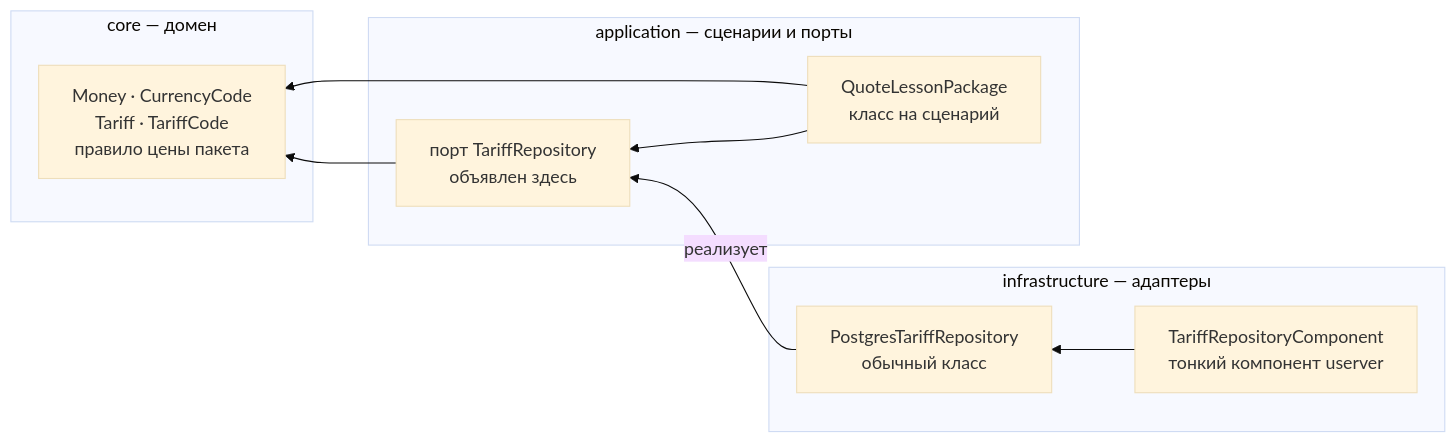
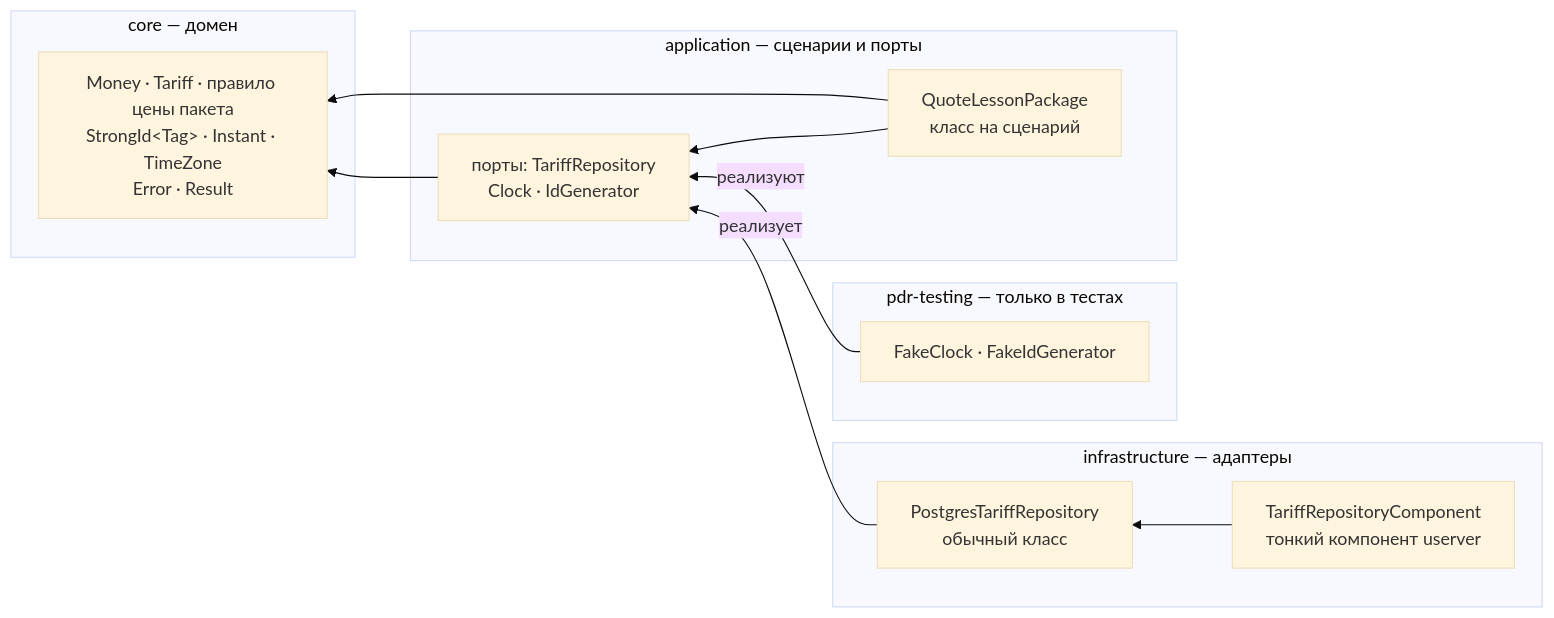
Before and after one commit to don-qu1xote/pdr: the diagram in docs/architecture/layers.md, drawn with Mermaid (base theme). The commit also changed other lines of this file and 25 other files, not shown here.

````diff
--- a/docs/architecture/layers.md
+++ b/docs/architecture/layers.md
@@ -6,22 +6,27 @@
 ```mermaid
 flowchart RL
     subgraph infrastructure["infrastructure — адаптеры"]
         component["TariffRepositoryComponent<br/>тонкий компонент userver"]
         adapter["PostgresTariffRepository<br/>обычный класс"]
     end
 
+    subgraph testing["pdr-testing — только в тестах"]
+        fakes["FakeClock · FakeIdGenerator"]
+    end
+
     subgraph application["application — сценарии и порты"]
         usecase["QuoteLessonPackage<br/>класс на сценарий"]
-        port["порт TariffRepository<br/>объявлен здесь"]
+        port["порты: TariffRepository<br/>Clock · IdGenerator"]
     end
 
     subgraph core["core — домен"]
-        domain["Money · CurrencyCode<br/>Tariff · TariffCode<br/>правило цены пакета"]
+        domain["Money · Tariff · правило цены пакета<br/>StrongId&lt;Tag&gt; · Instant · TimeZone<br/>Error · Result"]
     end
 
     component --> adapter
     adapter -- "реализует" --> port
+    fakes -- "реализуют" --> port
     usecase --> port
     usecase --> domain
     port --> domain
 ```
````
